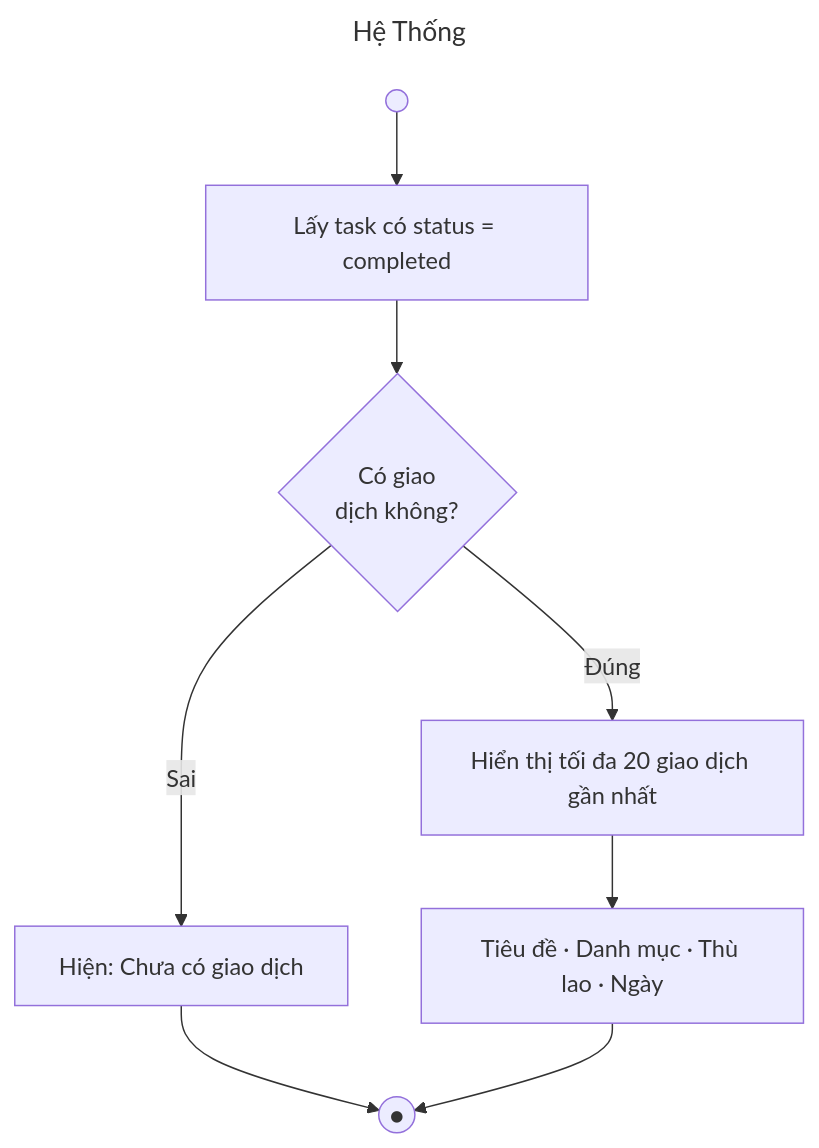
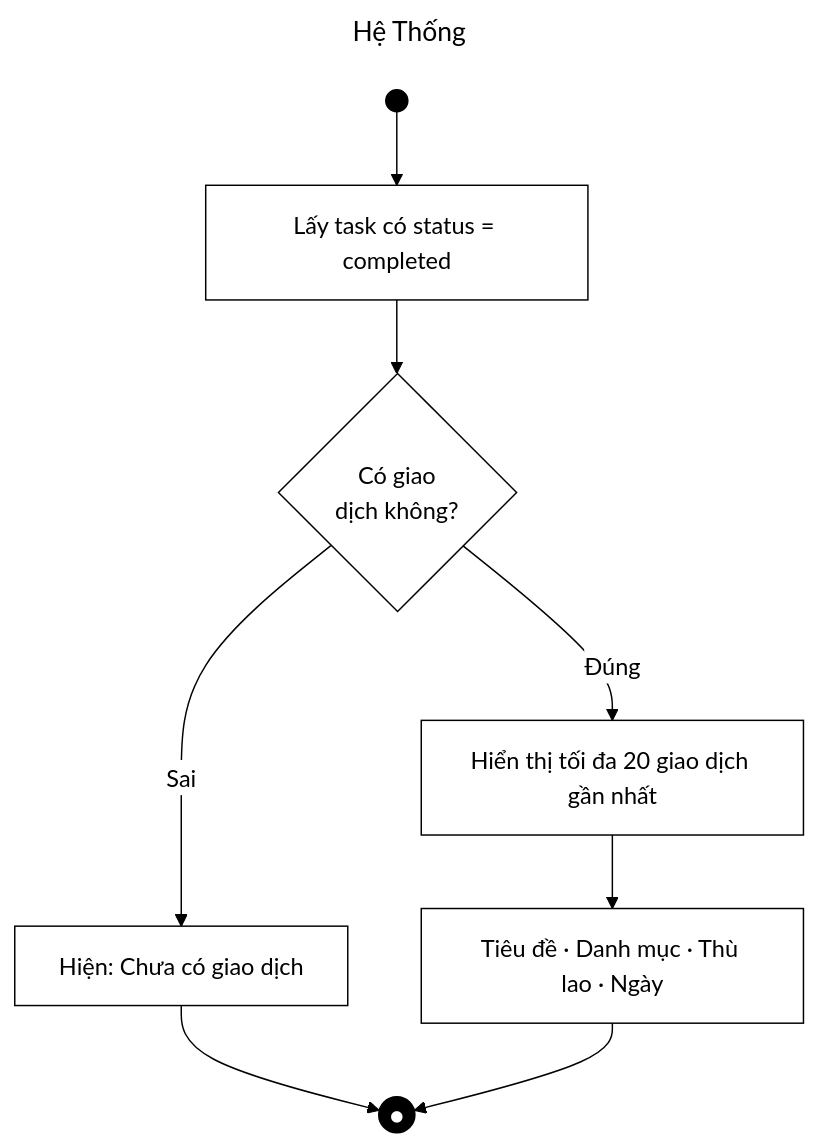
One commit to Babiboyy55/TaskHeroPKA changed the seventh of 22 diagrams in Activity_Diagrams.md. Above: the diagram before and after it, drawn with Mermaid. The commit also changed other lines of this file, not shown here.

````diff
--- a/Activity_Diagrams.md
+++ b/Activity_Diagrams.md
@@ -115,12 +133,15 @@
 ```mermaid
 ---
 title: Hệ Thống
 ---
+%%{init: {'theme':'base', 'themeVariables': {'primaryColor':'#ffffff', 'primaryBorderColor':'#000000', 'primaryTextColor':'#000000', 'lineColor':'#000000', 'edgeLabelBackground':'#ffffff', 'tertiaryColor':'#ffffff'}}}%%
 flowchart TD
-    S(( )) --> A[Lấy task có status = completed]
+    classDef default fill:#ffffff,stroke:#000000,stroke-width:1px,color:#000000;
+    classDef blackNode fill:#000000,stroke:#000000,stroke-width:1px,color:#ffffff;
+    S(( )):::blackNode --> A[Lấy task có status = completed]
     A --> D1{Có giao\ndịch không?}
     D1 -- Sai --> B[Hiện: Chưa có giao dịch]
     D1 -- Đúng --> C[Hiển thị tối đa 20 giao dịch gần nhất]
     C --> D[Tiêu đề · Danh mục · Thù lao · Ngày]
-    B & D --> Z((●))
+    B & D --> Z((●)):::blackNode
 ```
````
